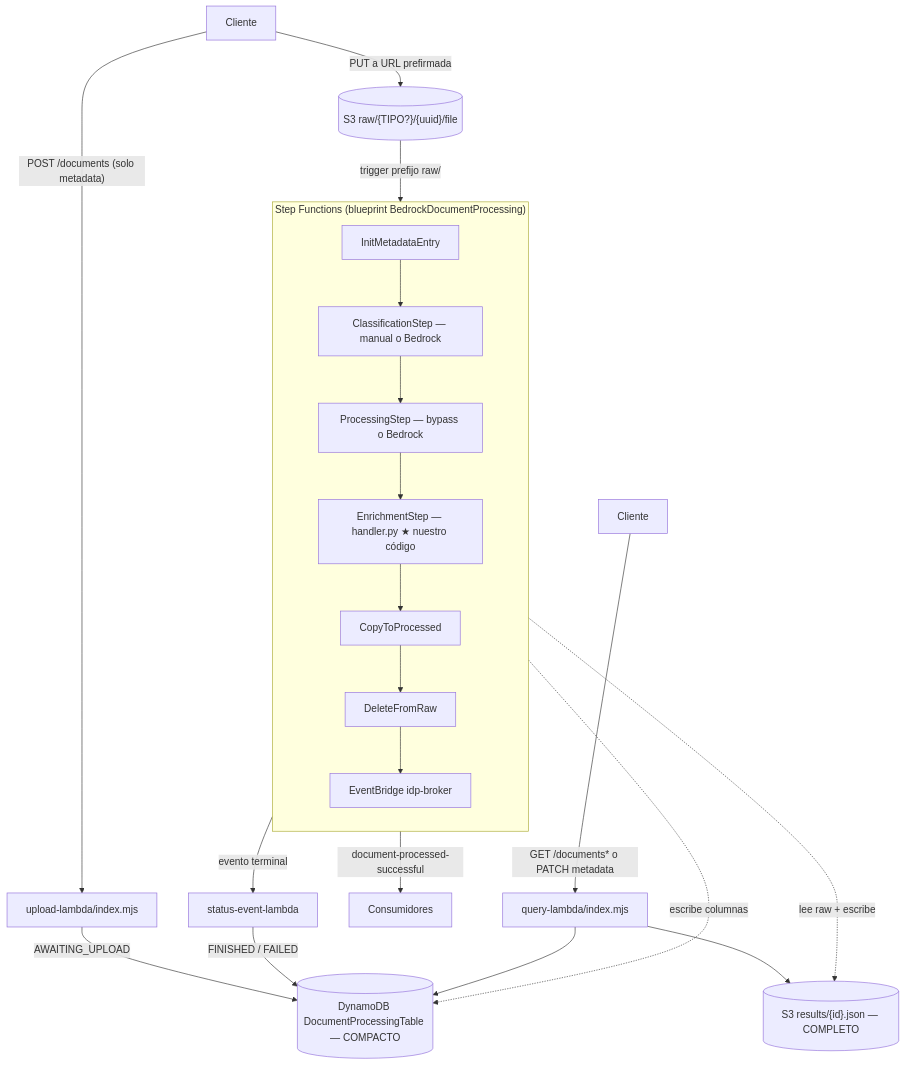
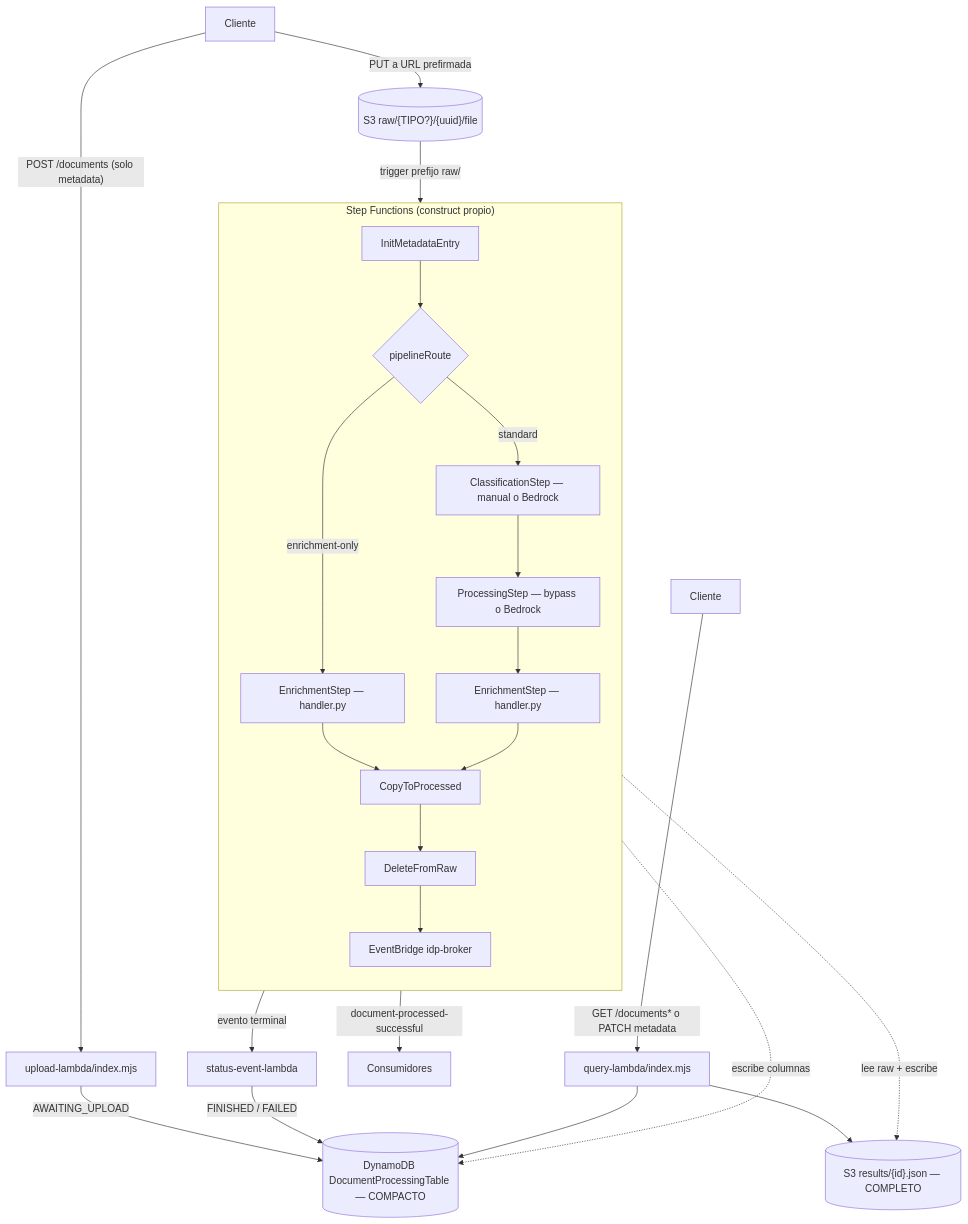
Before and after one commit to LuisHM5/idp: the diagram in documentacion/FLUJO_EJECUCION.md, drawn with Mermaid. The commit also changed other lines of this file and 53 other files, not shown here.

````diff
--- a/documentacion/FLUJO_EJECUCION.md
+++ b/documentacion/FLUJO_EJECUCION.md
@@ -12,25 +12,28 @@
 ```mermaid
 flowchart TD
     U[Cliente] -->|"POST /documents (solo metadata)"| UL[upload-lambda/index.mjs]
     UL -->|"AWAITING_UPLOAD"| DDB
     U -->|"PUT a URL prefirmada"| S3RAW[("S3 raw/{TIPO?}/{uuid}/file")]
     S3RAW -->|"trigger prefijo raw/"| SFN
 
-    subgraph SFN["Step Functions (blueprint BedrockDocumentProcessing)"]
+    subgraph SFN["Step Functions (construct propio)"]
       direction TB
-      I[InitMetadataEntry] --> C["ClassificationStep — manual o Bedrock"]
+      I[InitMetadataEntry] --> R{pipelineRoute}
+      R -->|standard| C["ClassificationStep — manual o Bedrock"]
       C --> P["ProcessingStep — bypass o Bedrock"]
-      P --> E["EnrichmentStep — handler.py ★ nuestro código"]
+      P --> E["EnrichmentStep — handler.py"]
+      R -->|enrichment-only| E2["EnrichmentStep — handler.py"]
+      E2 --> CP
       E --> CP[CopyToProcessed] --> DR[DeleteFromRaw] --> EB
     end
 
     E -.->|"lee raw + escribe"| S3RES[("S3 results/{id}.json — COMPLETO")]
     E -.->|"escribe columnas"| DDB[("DynamoDB DocumentProcessingTable — COMPACTO")]
     EB[EventBridge idp-broker] -->|"evento terminal"| ST[status-event-lambda]
     ST -->|"FINISHED / FAILED"| DDB
     EB -->|"document-processed-successful"| CONS[Consumidores]
 
     Q[Cliente] -->|"GET /documents* o PATCH metadata"| QL[query-lambda/index.mjs]
     QL --> DDB
     QL --> S3RES
 ```
````
